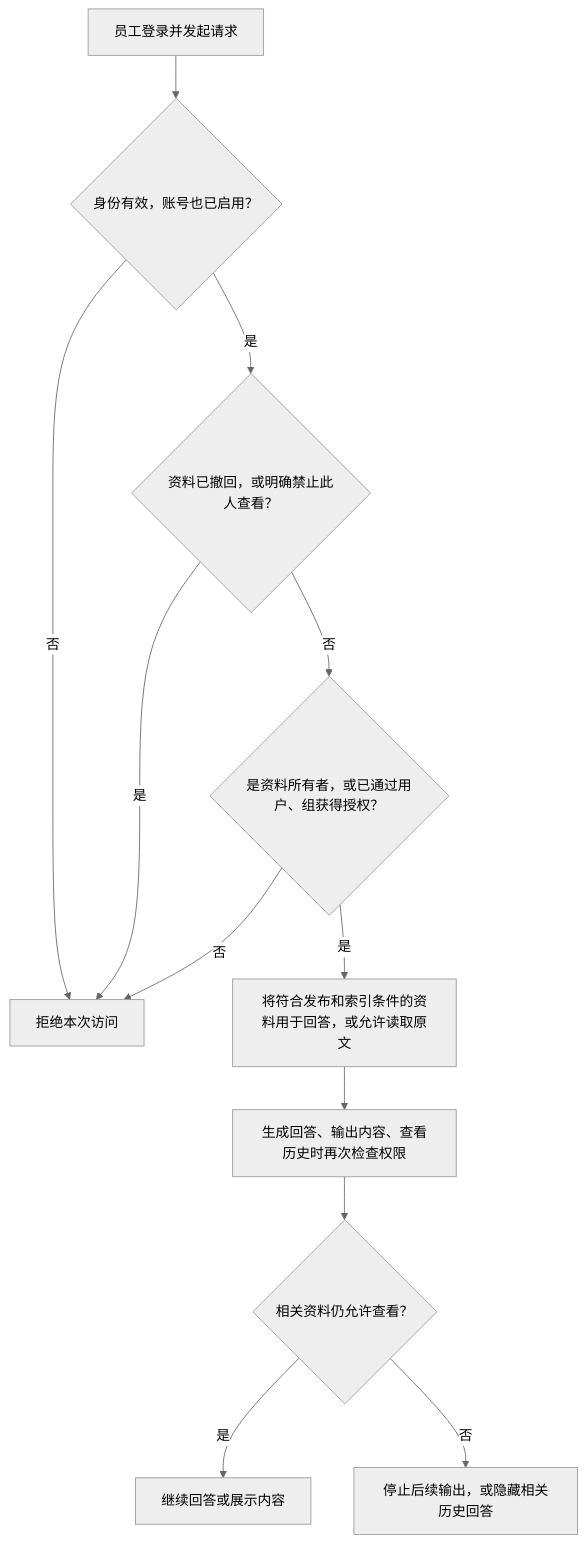
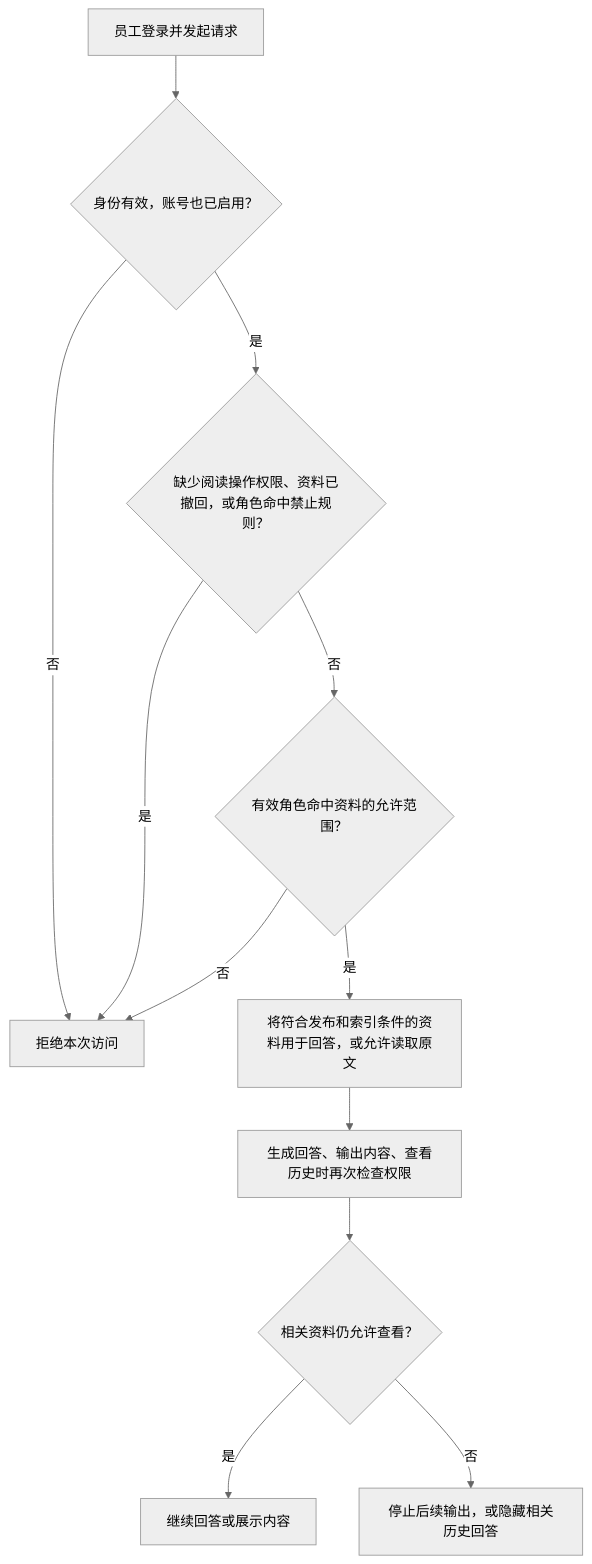
The second of 6 diagrams in README.md (tomkluas/EnterpriseRag), drawn with Mermaid (neutral theme) before and after one commit. The commit also changed other lines of this file, not shown here.

````diff
--- a/README.md
+++ b/README.md
@@ -116,14 +124,14 @@
 ```mermaid
 flowchart TD
     A[员工登录并发起请求] --> B{身份有效，账号也已启用？}
     B -->|否| X[拒绝本次访问]
-    B -->|是| C{资料已撤回，或明确禁止此人查看？}
+    B -->|是| C{缺少阅读操作权限、资料已撤回，或角色命中禁止规则？}
     C -->|是| X
-    C -->|否| D{是资料所有者，或已通过用户、组获得授权？}
+    C -->|否| D{有效角色命中资料的允许范围？}
     D -->|否| X
     D -->|是| E[将符合发布和索引条件的资料用于回答，或允许读取原文]
     E --> F[生成回答、输出内容、查看历史时再次检查权限]
     F --> G{相关资料仍允许查看？}
     G -->|是| H[继续回答或展示内容]
     G -->|否| I[停止后续输出，或隐藏相关历史回答]
 ```
````
